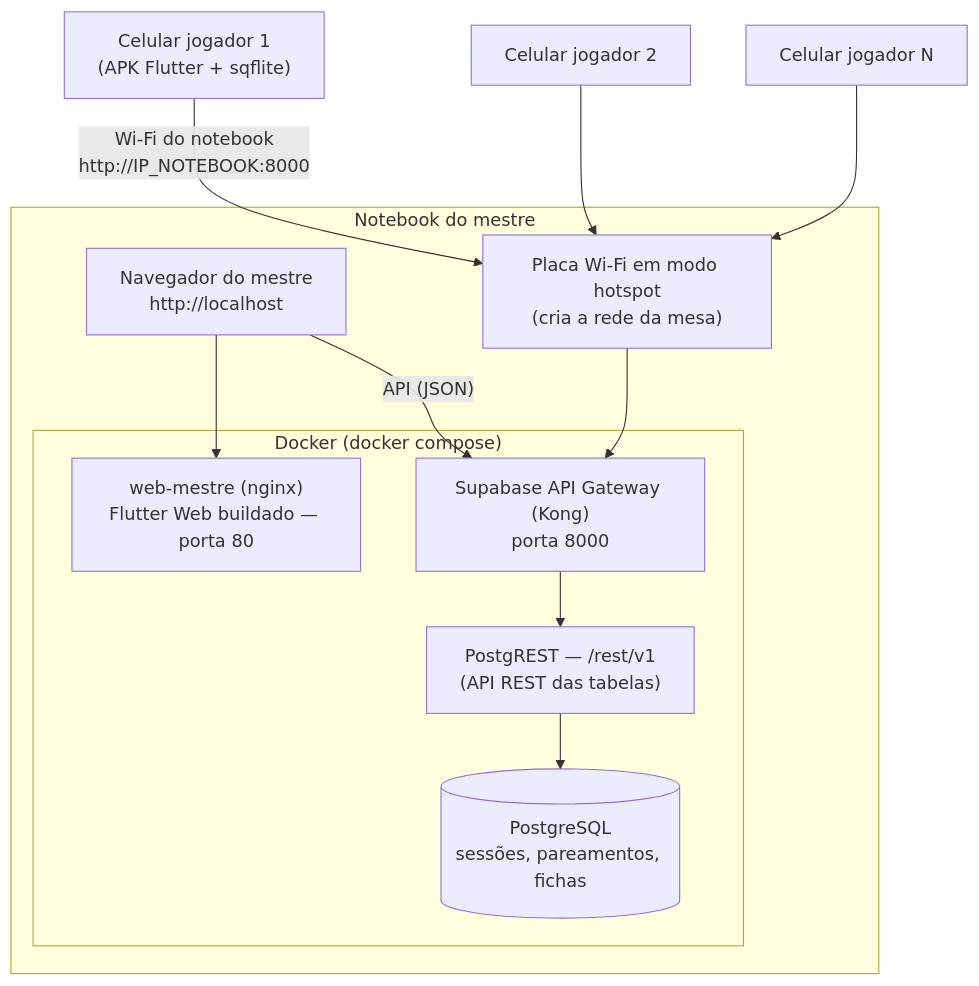
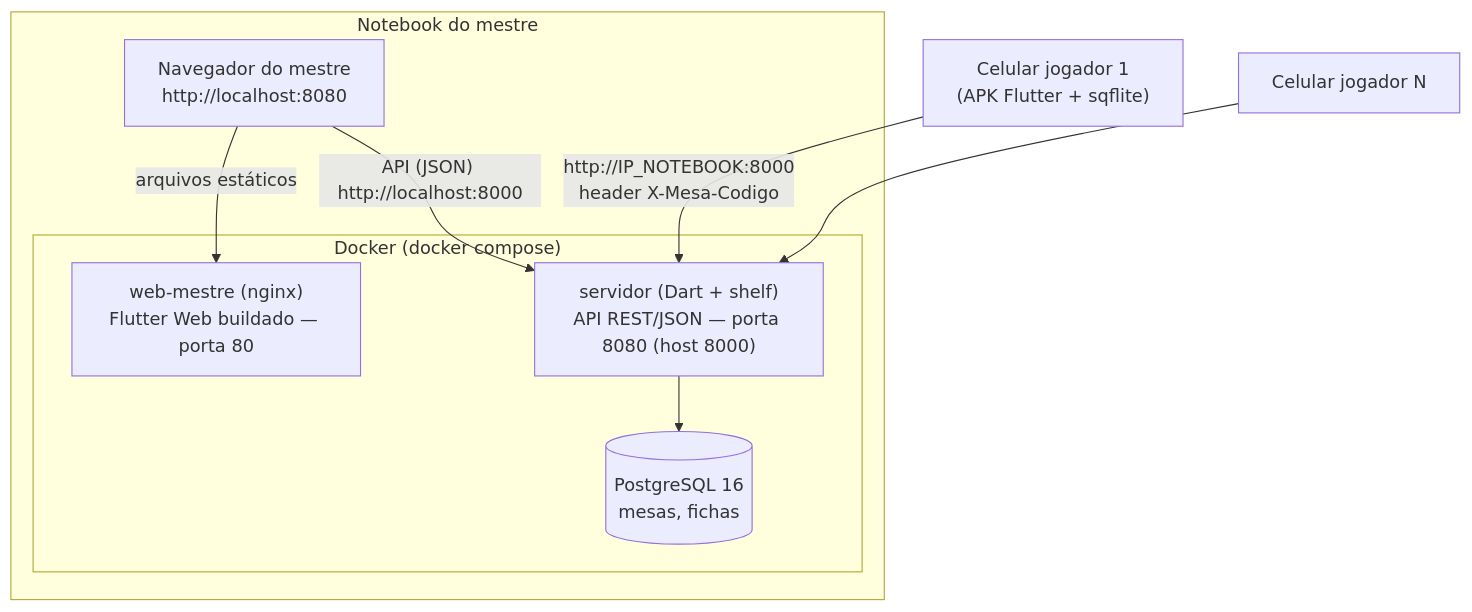
One commit to LuizGustavoMM/UniSenai changed the first of 3 diagrams in DSMD/trabalho-flutter/arquitetura-servidor-mestre.md. Above: the diagram before and after it, drawn with Mermaid. The commit also changed other lines of this file and 2 other files, not shown here.

````diff
--- a/DSMD/trabalho-flutter/arquitetura-servidor-mestre.md
+++ b/DSMD/trabalho-flutter/arquitetura-servidor-mestre.md
@@ -11,26 +13,20 @@
 ```mermaid
 flowchart TB
     subgraph NOTE["Notebook do mestre"]
-        HOTSPOT["Placa Wi-Fi em modo hotspot<br/>(cria a rede da mesa)"]
-        NAV["Navegador do mestre<br/>http://localhost"]
+        NAV["Navegador do mestre<br/>http://localhost:8080"]
         subgraph DOCKER["Docker (docker compose)"]
             WEB["web-mestre (nginx)<br/>Flutter Web buildado — porta 80"]
-            KONG["Supabase API Gateway (Kong)<br/>porta 8000"]
-            PGREST["PostgREST — /rest/v1<br/>(API REST das tabelas)"]
-            PG[("PostgreSQL<br/>sessões, pareamentos, fichas")]
-            KONG --> PGREST
-            PGREST --> PG
+            API["servidor (Dart + shelf)<br/>API REST/JSON — porta 8080 (host 8000)"]
+            PG[("PostgreSQL 16<br/>mesas, fichas")]
+            API --> PG
         end
-        NAV --> WEB
-        NAV -- "API (JSON)" --> KONG
+        NAV -->|arquivos estáticos| WEB
+        NAV -->|"API (JSON) http://localhost:8000"| API
     end
 
     CEL1["Celular jogador 1<br/>(APK Flutter + sqflite)"]
-    CEL2["Celular jogador 2"]
-    CELN["Celular jogador N"]
+    CEL2["Celular jogador N"]
 
-    CEL1 -- "Wi-Fi do notebook<br/>http://IP_NOTEBOOK:8000" --> HOTSPOT
-    CEL2 --> HOTSPOT
-    CELN --> HOTSPOT
-    HOTSPOT --> KONG
+    CEL1 -->|"http://IP_NOTEBOOK:8000<br/>header X-Mesa-Codigo"| API
+    CEL2 --> API
 ```
````
